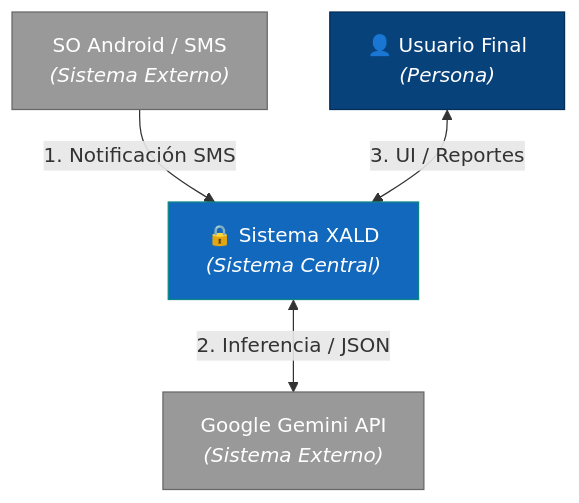
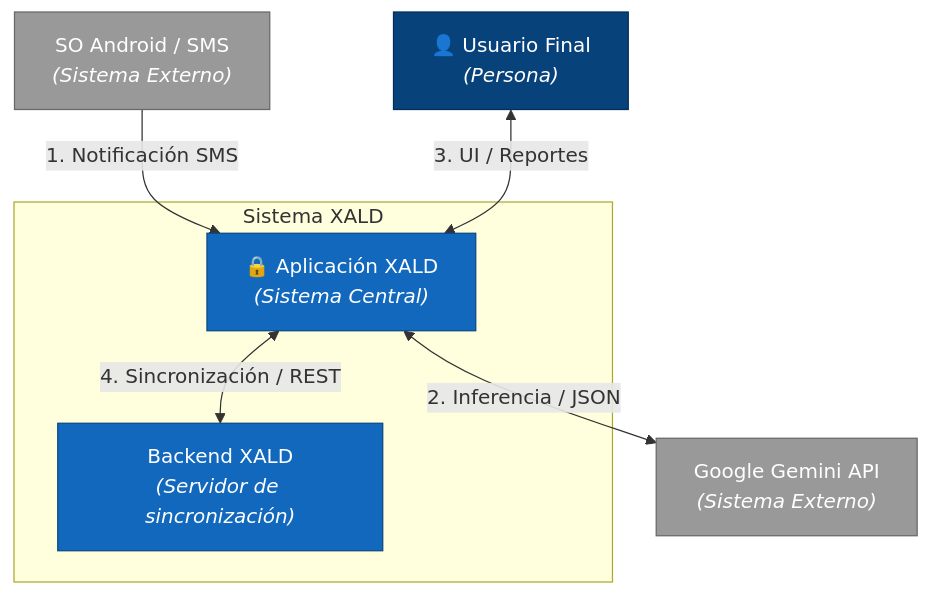
The diagram in docs/c4/c4.md (ISCOUTB/AS_202620_XALD), drawn with Mermaid before and after one commit. The commit also changed other lines of this file, not shown here.

````diff
--- a/docs/c4/c4.md
+++ b/docs/c4/c4.md
@@ -7,19 +9,25 @@
 ```mermaid
 graph TD
     User["👤 Usuario Final<br/><i>(Persona)</i>"]
     Android["SO Android / SMS<br/><i>(Sistema Externo)</i>"]
-    XALD["🔒 Sistema XALD<br/><i>(Sistema Central)</i>"]
+
+    subgraph sistema[" Sistema XALD "]
+        XALD["🔒 Aplicación XALD<br/><i>(Sistema Central)</i>"]
+        Backend["Backend XALD<br/><i>(Servidor de sincronización)</i>"]
+    end
+
     Gemini["Google Gemini API<br/><i>(Sistema Externo)</i>"]
 
     Android -->|"1. Notificación SMS"| XALD
     XALD <-->|"2. Inferencia / JSON"| Gemini
     User <-->|"3. UI / Reportes"| XALD
+    XALD <-->|"4. Sincronización / REST"| Backend
 
-    classDef central fill:#1168bd,stroke:#0b8884,color:#fff;
+    classDef central fill:#1168bd,stroke:#0b4884,color:#fff;
     classDef external fill:#999999,stroke:#666866,color:#fff;
     classDef person fill:#08427b,stroke:#052e56,color:#fff;
 
-    class XALD central;
+    class XALD,Backend central;
     class Android,Gemini external;
     class User person;
 ```
````
